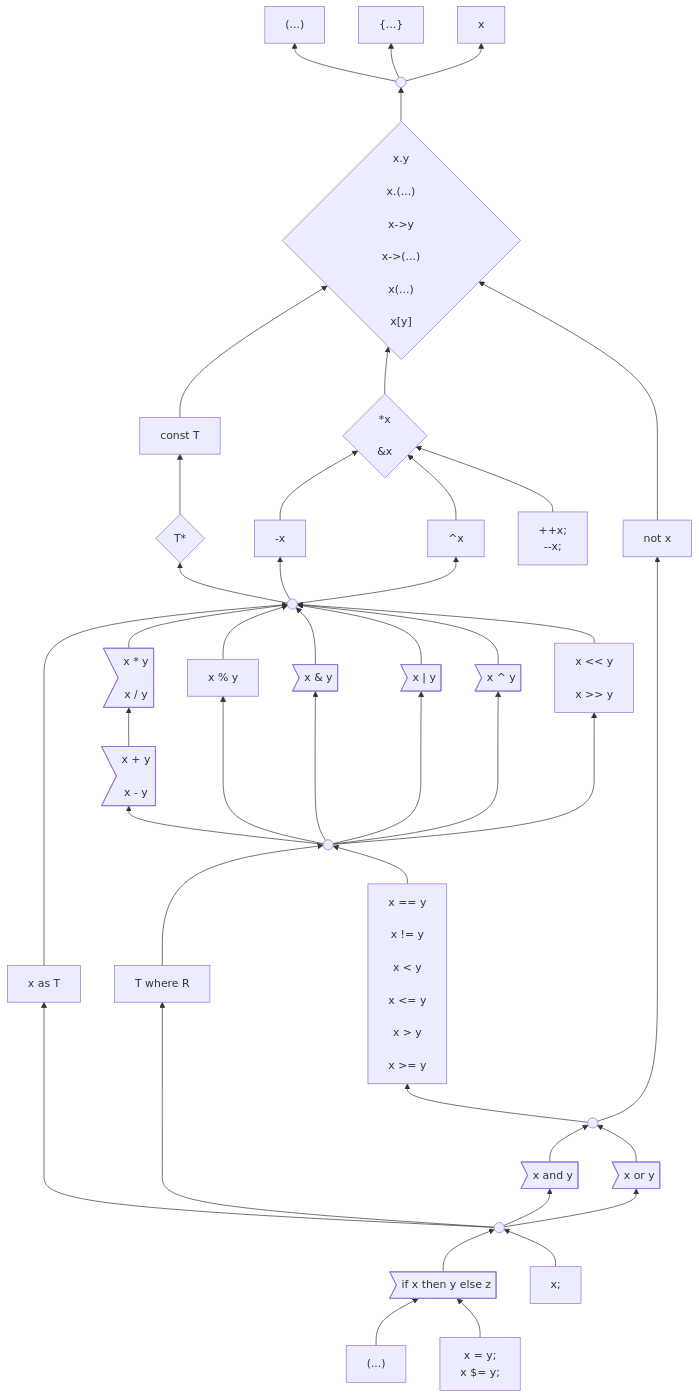
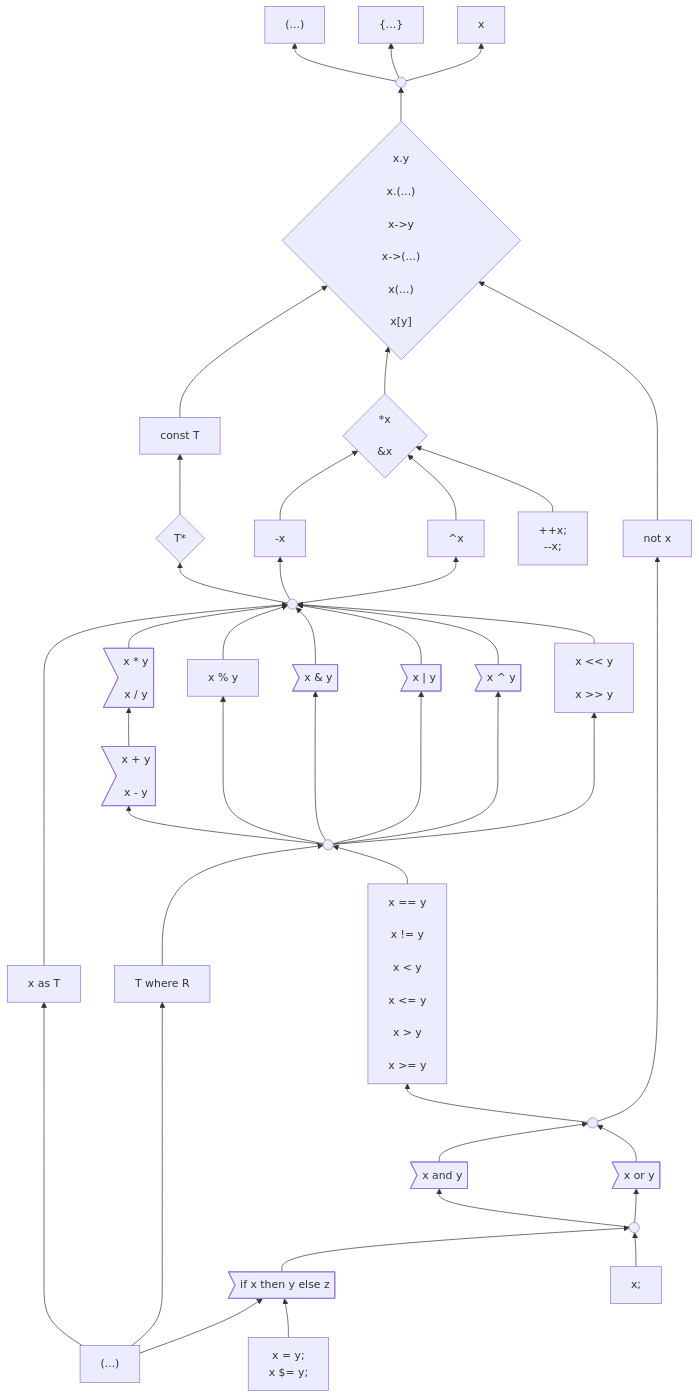
The first of 3 diagrams in docs/design/expressions/README.md (carbon-language/carbon-lang), drawn with Mermaid before and after one commit.

Commit message:
Checkpoint progress.

```diff
--- a/docs/design/expressions/README.md
+++ b/docs/design/expressions/README.md
@@ -177,8 +177,8 @@
     logicalOperand-------> not
     HIDDEN:::hidden ~~~ logicalOperand
     and & or --> logicalOperand
-    logicalExpression ----> as
-    logicalExpression ----> where
+    %% logicalExpression ----> as & where
+    insideParens ------> as & where
     logicalExpression --> and & or
     if & expressionStatement --> logicalExpression
     insideParens & assignment --> if
```
